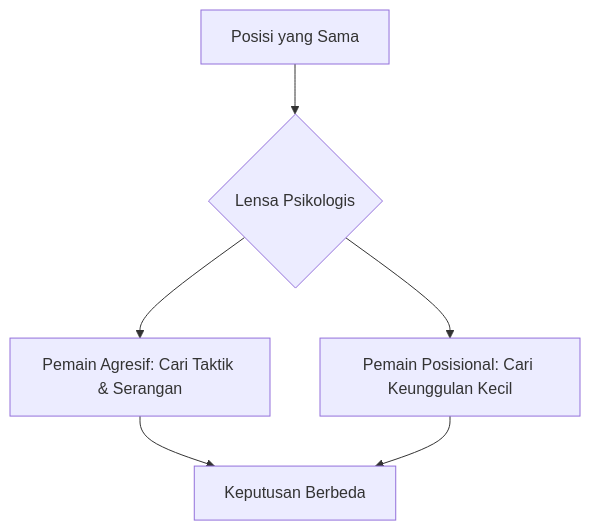
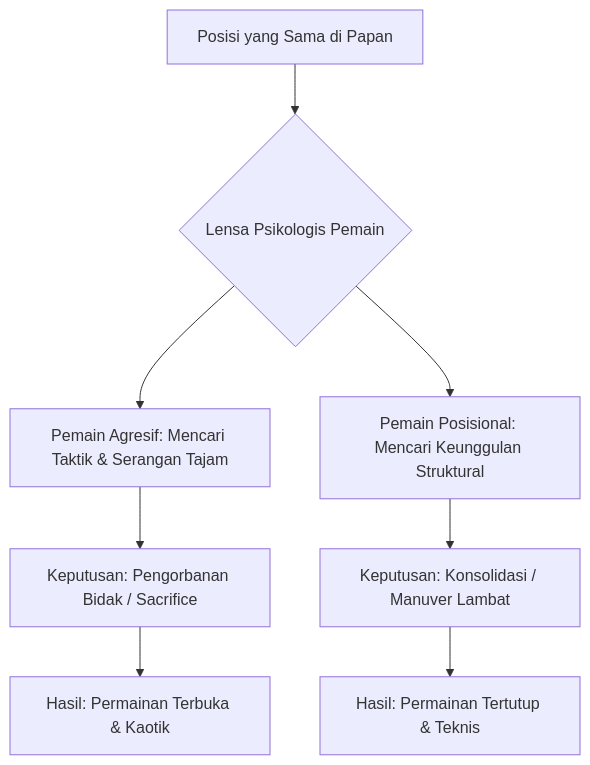
The first of 2 diagrams in src/content/articles/psikologi-catur-cermin-jiwa-manusia.mdx (dwirx/BangunAI-Blog), drawn with Mermaid before and after one commit. The commit also changed other lines of this file, not shown here.

````diff
--- a/src/content/articles/psikologi-catur-cermin-jiwa-manusia.mdx
+++ b/src/content/articles/psikologi-catur-cermin-jiwa-manusia.mdx
@@ -36,8 +39,10 @@
 ```mermaid
 graph TD
-    A[Posisi yang Sama] --> B{Lensa Psikologis}
-    B --> C[Pemain Agresif: Cari Taktik & Serangan]
-    B --> D[Pemain Posisional: Cari Keunggulan Kecil]
-    C --> E[Keputusan Berbeda]
-    D --> E
+    A[Posisi yang Sama di Papan] --> B{Lensa Psikologis Pemain}
+    B --> C[Pemain Agresif: Mencari Taktik & Serangan Tajam]
+    B --> D[Pemain Posisional: Mencari Keunggulan Struktural]
+    C --> E[Keputusan: Pengorbanan Bidak / Sacrifice]
+    D --> F[Keputusan: Konsolidasi / Manuver Lambat]
+    E --> G[Hasil: Permainan Terbuka & Kaotik]
+    F --> H[Hasil: Permainan Tertutup & Teknis]
 ```
````
